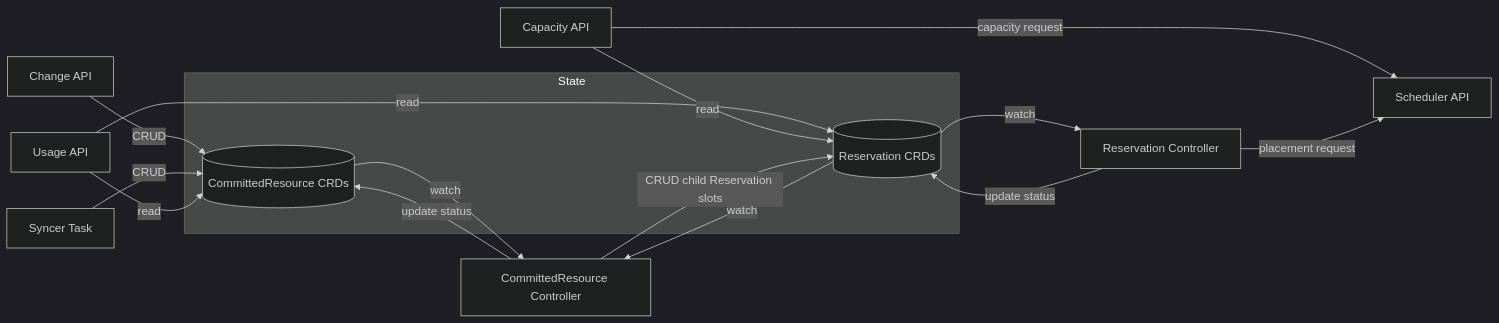
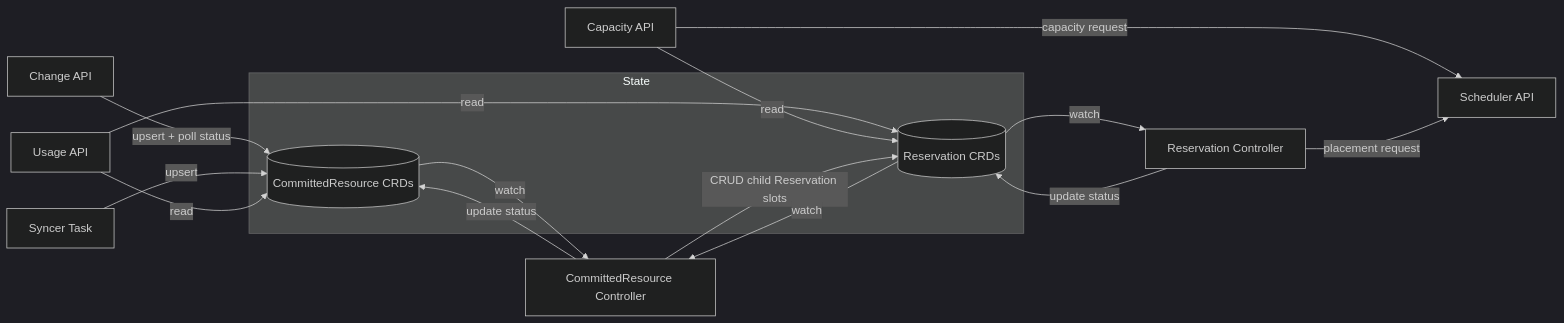
One commit to cobaltcore-dev/cortex changed the first of 4 diagrams in docs/reservations/committed-resource-reservations.md. Above: the diagram before and after it, drawn with Mermaid (dark theme). The commit also changed other lines of this file and 11 other files, not shown here.

````diff
--- a/docs/reservations/committed-resource-reservations.md
+++ b/docs/reservations/committed-resource-reservations.md
@@ -43,29 +43,29 @@
 ```mermaid
 flowchart LR
     subgraph State
         CR[(CommittedResource CRDs)]
         Res[(Reservation CRDs)]
     end
 
     Syncer[Syncer Task]
     ChangeAPI[Change API]
     CapacityAPI[Capacity API]
     CRCtrl[CommittedResource Controller]
     ResCtrl[Reservation Controller]
     UsageAPI[Usage API]
     Scheduler[Scheduler API]
 
-    ChangeAPI -->|CRUD| CR
-    Syncer -->|CRUD| CR
+    ChangeAPI -->|upsert + poll status| CR
+    Syncer -->|upsert| CR
     UsageAPI -->|read| CR
     UsageAPI -->|read| Res
     CapacityAPI -->|read| Res
     CapacityAPI -->|capacity request| Scheduler
     CR -->|watch| CRCtrl
     CRCtrl -->|CRUD child Reservation slots| Res
     CRCtrl -->|update status| CR
     Res -->|watch| CRCtrl
     Res -->|watch| ResCtrl
     ResCtrl -->|placement request| Scheduler
     ResCtrl -->|update status| Res
 ```
````
